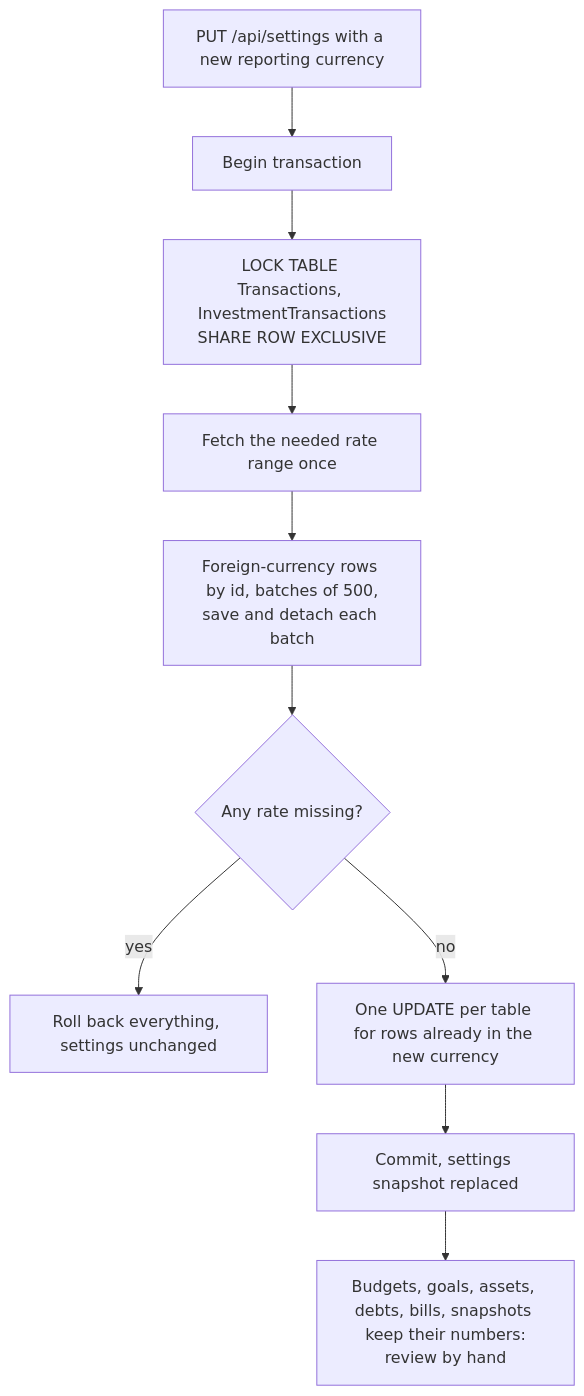
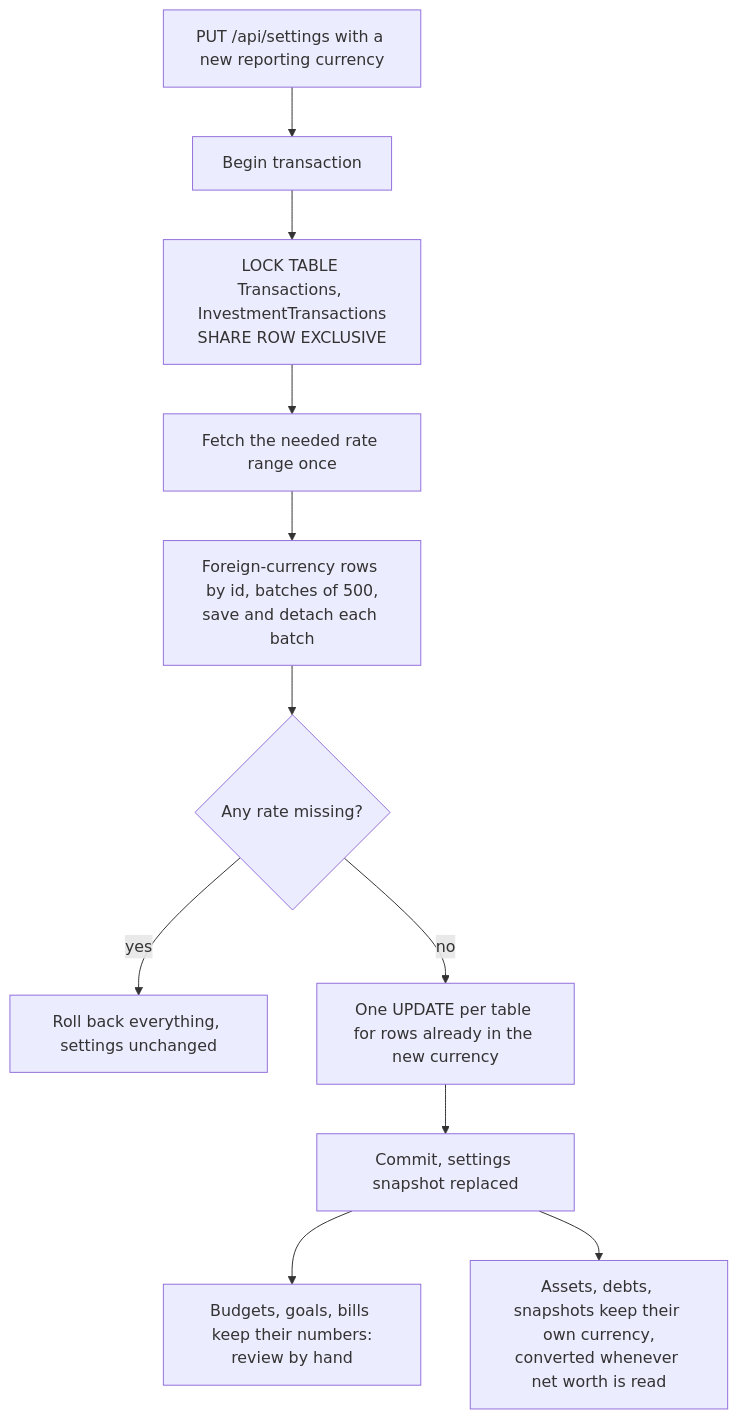
Before and after one commit to Justxs/Jx-Finance: the fourth of 4 diagrams in docs/features/09. Multi-currency.md, drawn with Mermaid. The commit also changed 37 other files, not shown here.

First line of the commit message:
fix(backend): keep assets, debts and snapshots in a real currency

````diff
--- a/docs/features/09. Multi-currency.md
+++ b/docs/features/09. Multi-currency.md
@@ -65,12 +65,13 @@
 ```mermaid
 flowchart TD
     Save["PUT /api/settings with a new reporting currency"] --> Tx["Begin transaction"]
     Tx --> LockT["LOCK TABLE Transactions, InvestmentTransactions<br/>SHARE ROW EXCLUSIVE"]
     LockT --> Range["Fetch the needed rate range once"]
     Range --> Batch["Foreign-currency rows by id, batches of 500,<br/>save and detach each batch"]
     Batch --> Missing{"Any rate missing?"}
     Missing -->|"yes"| Rollback["Roll back everything, settings unchanged"]
     Missing -->|"no"| Same["One UPDATE per table for rows already in the new currency"]
     Same --> Commit["Commit, settings snapshot replaced"]
-    Commit --> Manual["Budgets, goals, assets, debts, bills, snapshots keep their numbers:<br/>review by hand"]
+    Commit --> Manual["Budgets, goals, bills keep their numbers:<br/>review by hand"]
+    Commit --> Kept["Assets, debts, snapshots keep their own currency,<br/>converted whenever net worth is read"]
 ```
````
